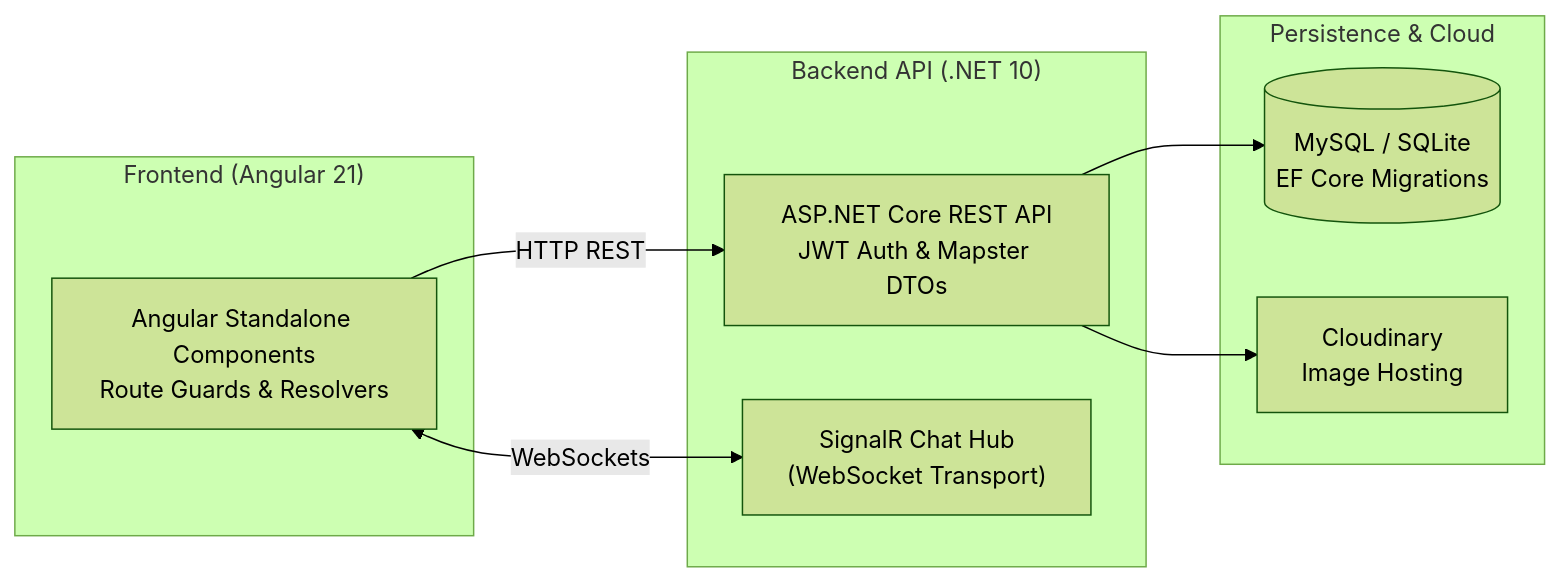
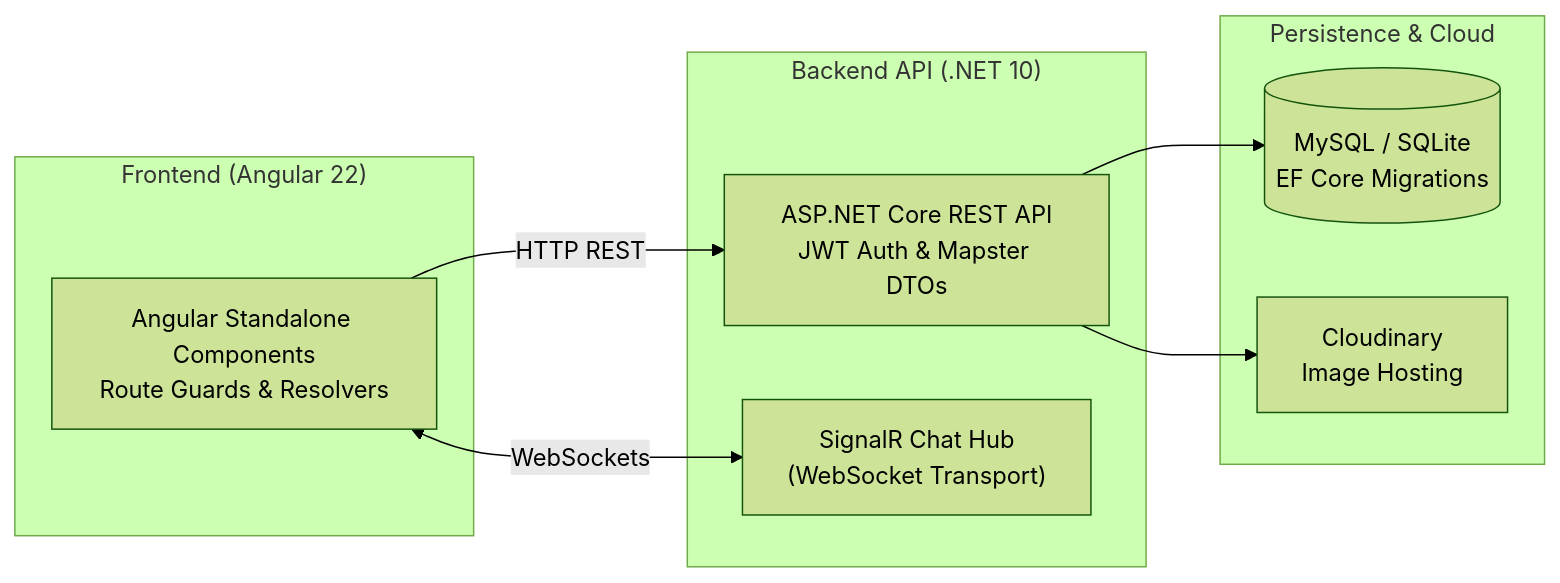
One commit to akazad13/adda changed the diagram in README.md. Above: the diagram before and after it, drawn with Mermaid (forest theme). The commit also changed other lines of this file and 3 other files, not shown here.

````diff
--- a/README.md
+++ b/README.md
@@ -45,21 +49,21 @@
 ```mermaid
 flowchart LR
-    subgraph Client["Frontend (Angular 21)"]
+    subgraph Client["Frontend (Angular 22)"]
         SPA["Angular Standalone Components<br/>Route Guards & Resolvers"]
     end
 
     subgraph Server["Backend API (.NET 10)"]
         API["ASP.NET Core REST API<br/>JWT Auth & Mapster DTOs"]
         Hub["SignalR Chat Hub<br/>(WebSocket Transport)"]
     end
 
     subgraph Data["Persistence & Cloud"]
         DB[("MySQL / SQLite<br/>EF Core Migrations")]
         Media["Cloudinary<br/>Image Hosting"]
     end
 
     SPA -->|HTTP REST| API
     SPA <-->|WebSockets| Hub
     API --> DB
     API --> Media
 ```
````
